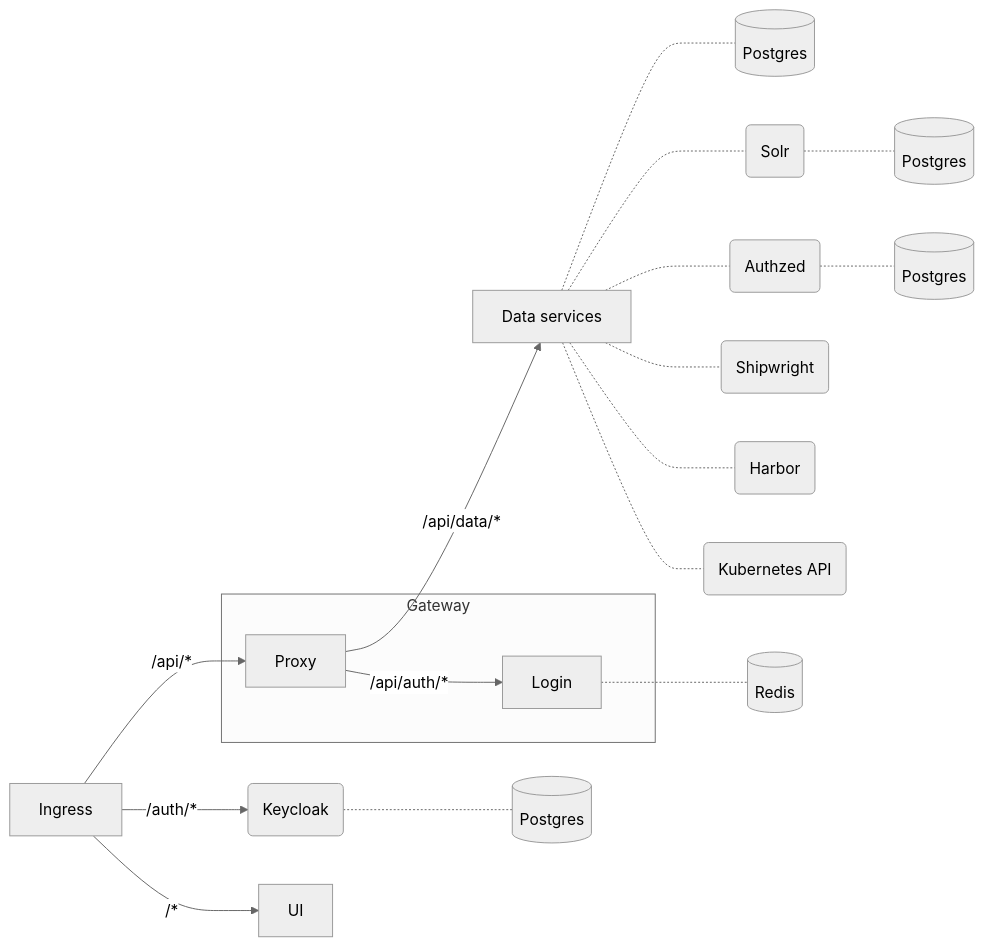
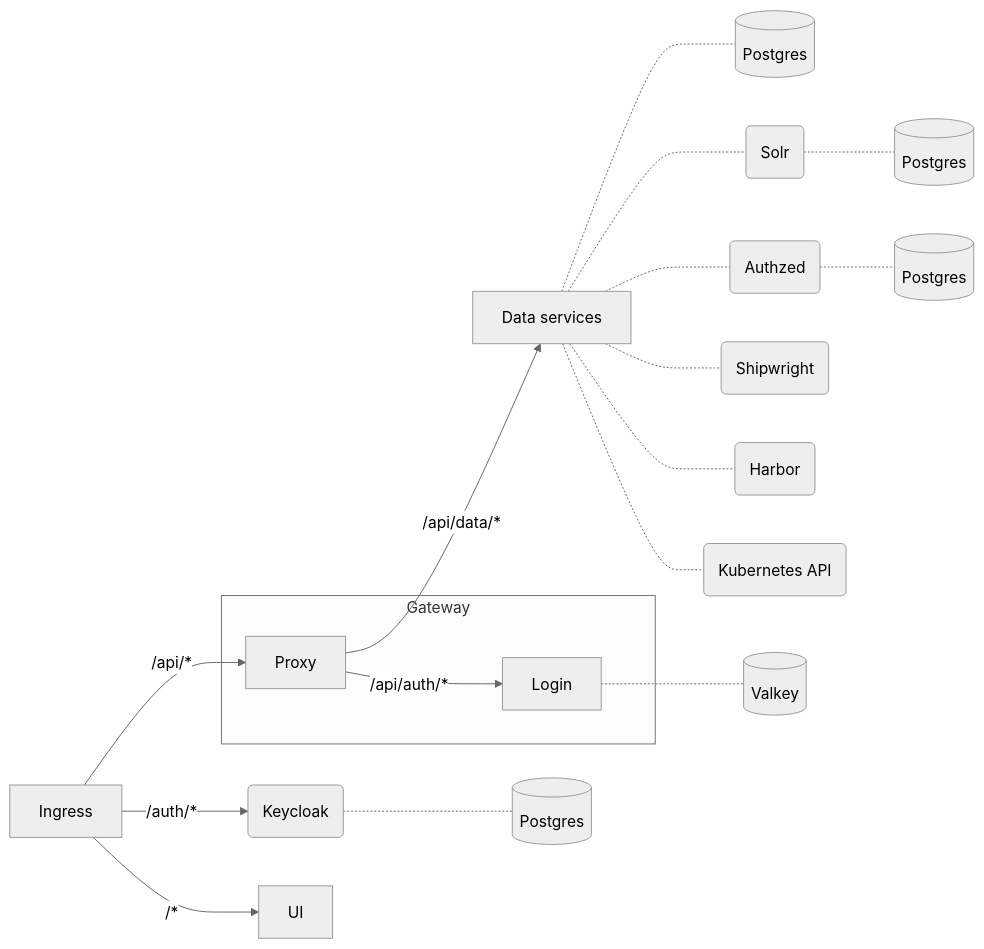
Before and after one commit to SwissDataScienceCenter/renku: the diagram in docs/docs/20-admins/10-architecture/10-services.md, drawn with Mermaid (neutral theme). The commit also changed other lines of this file, not shown here.

Commit message:
doc(architecture): redis -> valkey

````diff
--- a/docs/docs/20-admins/10-architecture/10-services.md
+++ b/docs/docs/20-admins/10-architecture/10-services.md
@@ -43,27 +43,27 @@
 ```mermaid
 flowchart LR
     Ingress
     subgraph GW[Gateway]
         Proxy
         Login
     end
     DS[Data services]
     PG[(Postgres)]
-    Redis[(Redis)]
+    Valkey[(Valkey)]
     Solr(Solr)
     Ingress --/api/*--> Proxy
     Proxy --/api/data/*--> DS
     Proxy --/api/auth/*--> Login
     DS -.- PG
     DS -.- Solr
     DS -.- Authzed(Authzed)
     DS -.- Shipwright(Shipwright)
     DS -.- Harbor(Harbor)
     DS -.- K8s(Kubernetes API)
     Solr -.- SolrDB[(Postgres)]
     Authzed -.- AuthzedDB[(Postgres)]
-    Login -.- Redis
+    Login -.- Valkey
     Ingress --/auth/*--> Keycloak(Keycloak)
     Keycloak -.- KeycloakDB[(Postgres)]
     Ingress --/*--> UI
 ```
````
